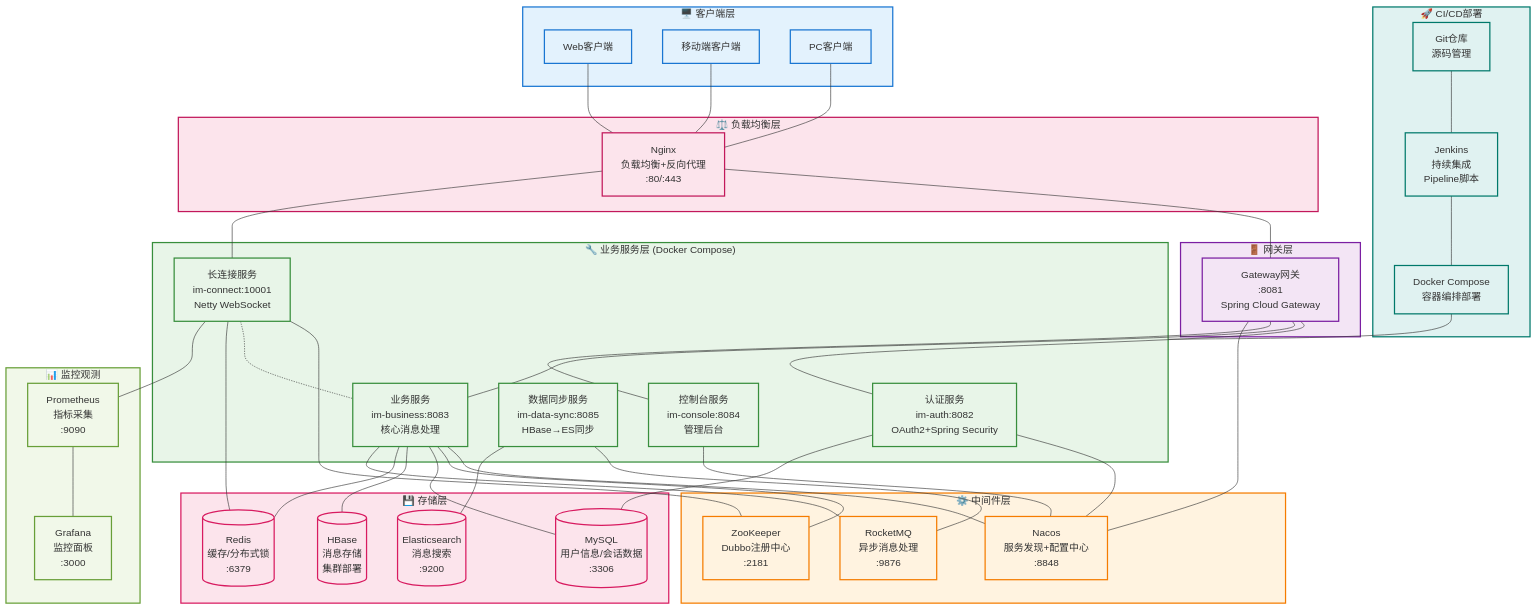
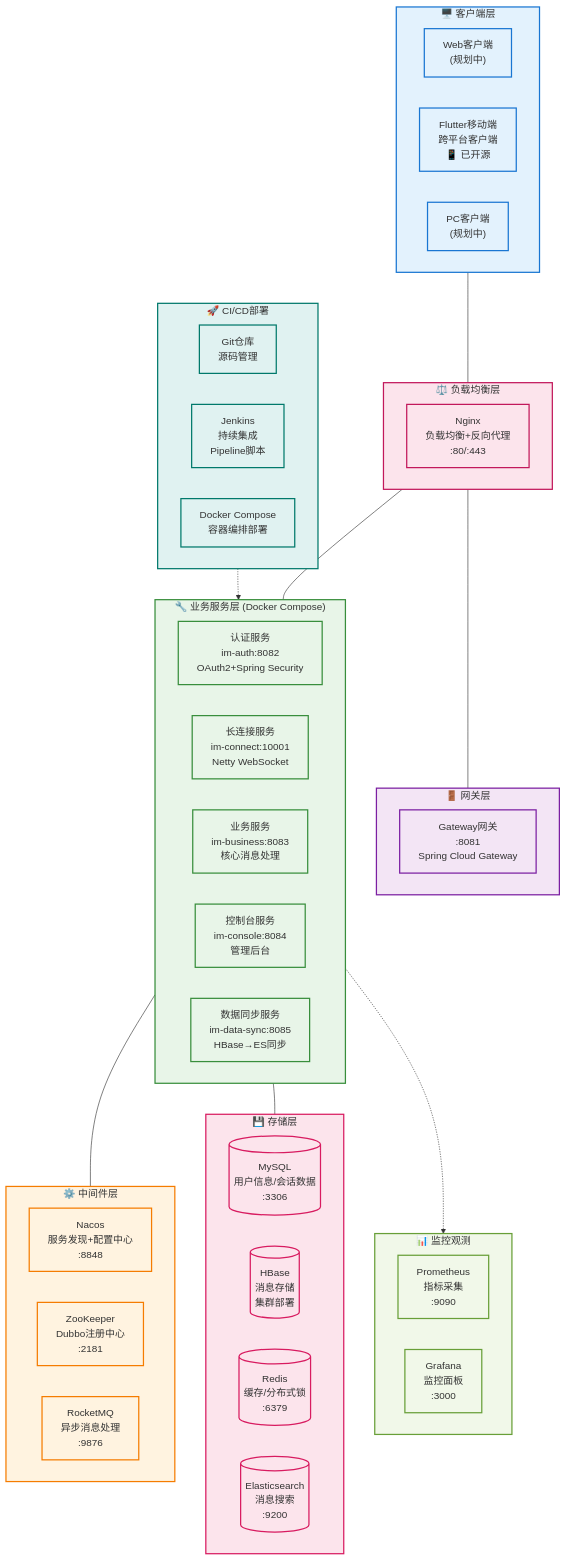
One commit to 598572/xzll-im-server changed the first of 5 diagrams in README.md. Above: the diagram before and after it, drawn with Mermaid. The commit also changed other lines of this file, not shown here.

Commit message:
完善架构图和readme

```diff
--- a/README.md
+++ b/README.md
@@ -28,9 +39,9 @@
 flowchart TD
     %% 客户端层
     subgraph CLIENT ["🖥️ 客户端层"]
-        WEB["Web客户端"]
-        MOBILE["移动端客户端"] 
-        PC["PC客户端"]
+        WEB["Web客户端<br/>(规划中)"]
+        MOBILE["Flutter移动端<br/>跨平台客户端<br/>📱 已开源"] 
+        PC["PC客户端<br/>(规划中)"]
     end
 
     %% 负载均衡层
@@ -80,51 +91,18 @@
         DOCKER["Docker Compose<br/>容器编排部署"]
     end
 
-    %% 客户端连接
-    WEB --- NGINX
-    MOBILE --- NGINX
-    PC --- NGINX
-
-    %% 网关连接
-    NGINX --- GW
-    NGINX --- CONNECT
-
-    %% 服务连接
-    GW --- AUTH
-    GW --- BUSINESS
-    GW --- CONSOLE
-
-    %% 服务注册发现
-    AUTH --- NACOS
-    BUSINESS --- NACOS
-    CONSOLE --- NACOS
-    GW --- NACOS
-
-    %% RPC连接
-    CONNECT --- ZK
-    BUSINESS --- ZK
-    CONNECT -.- BUSINESS
-
-    %% 存储连接
-    AUTH --- MYSQL
-    BUSINESS --- MYSQL
-    BUSINESS --- HBASE
-    CONNECT --- REDIS
-    BUSINESS --- REDIS
-
-    %% 消息队列
-    BUSINESS --- RMQ
-    DATASYNC --- RMQ
-    DATASYNC --- ES
-
-    %% 监控连接
-    CONNECT --- PROMETHEUS
-    PROMETHEUS --- GRAFANA
-
-    %% CI/CD流程
-    GIT --- JENKINS
-    JENKINS --- DOCKER
-    DOCKER --- SERVICES
+    %% 主要流量路径
+    CLIENT --- PROXY
+    PROXY --- GATEWAY
+    PROXY --- SERVICES
+    
+    %% 核心服务连接
+    SERVICES --- MIDDLEWARE
+    SERVICES --- STORAGE
+    
+    %% 监控部署
+    SERVICES -.-> MONITOR
+    CICD -.-> SERVICES
 
     %% 样式定义
     classDef clientStyle fill:#e3f2fd,stroke:#1976d2,stroke-width:2px
```
